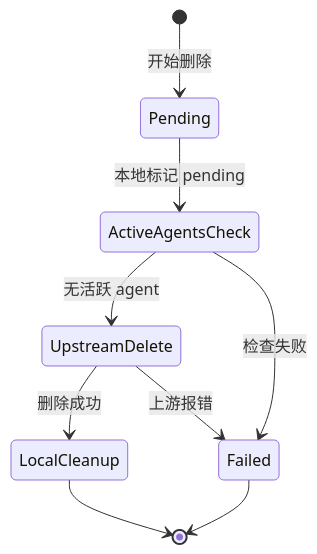
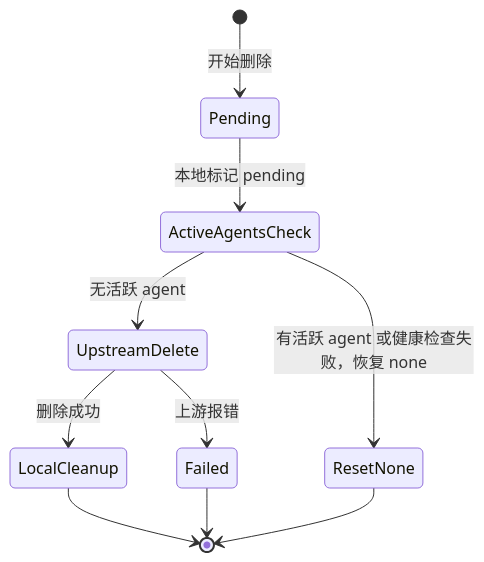
The first of 3 diagrams in docs/04-server-internals.md (ermu03/emu-chat), drawn with Mermaid before and after one commit. The commit also changed other lines of this file and 13 other files, not shown here.

````diff
--- a/docs/04-server-internals.md
+++ b/docs/04-server-internals.md
@@ -20,11 +20,12 @@
 ```mermaid
 stateDiagram-v2
     [*] --> Pending : 开始删除
     Pending --> ActiveAgentsCheck : 本地标记 pending
     ActiveAgentsCheck --> UpstreamDelete : 无活跃 agent
-    ActiveAgentsCheck --> Failed : 检查失败
+    ActiveAgentsCheck --> ResetNone : 有活跃 agent 或健康检查失败，恢复 none
     UpstreamDelete --> LocalCleanup : 删除成功
     UpstreamDelete --> Failed : 上游报错
     LocalCleanup --> [*]
+    ResetNone --> [*]
     Failed --> [*]
 ```
````
